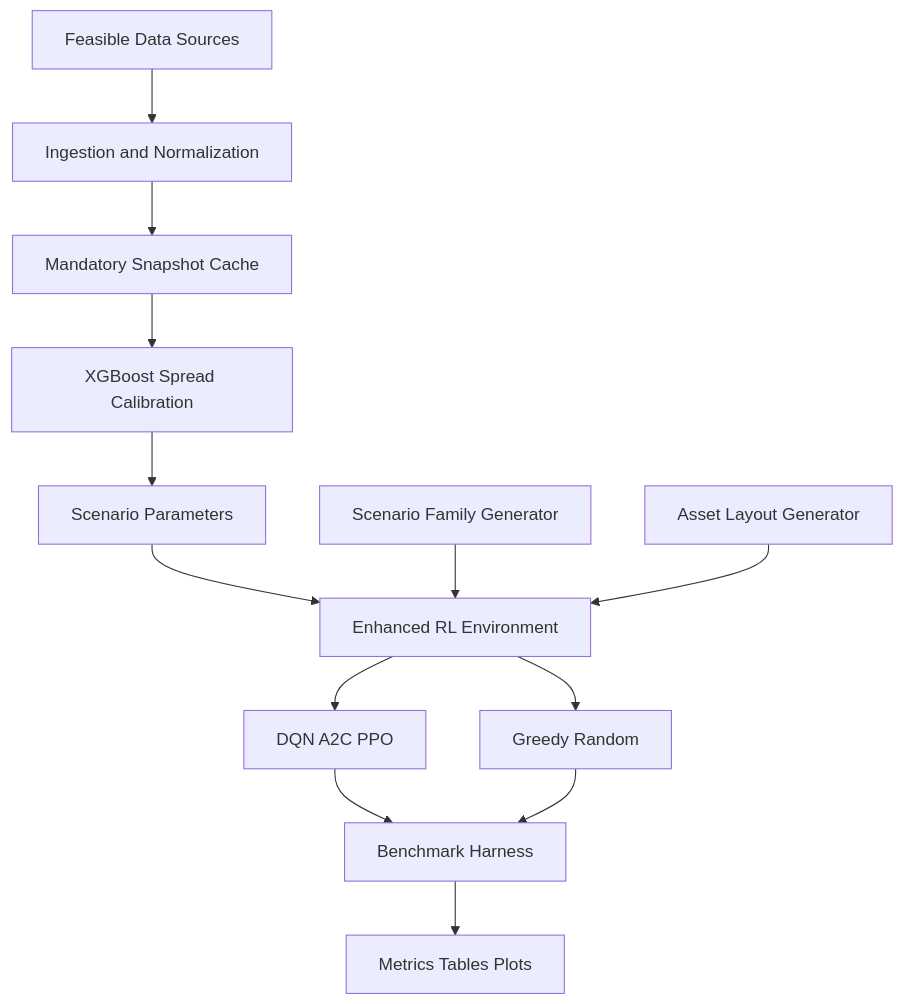
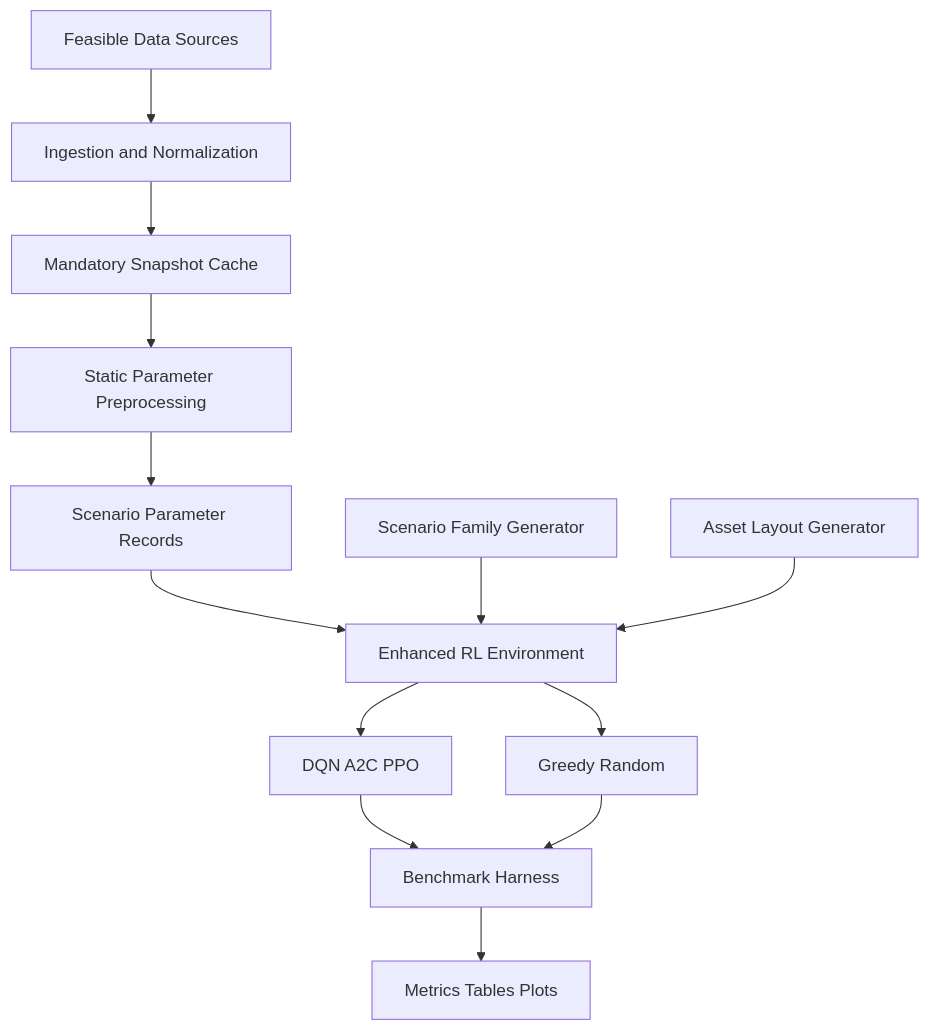
One commit to Thomson-Lam/firebot-eval changed the first of 3 diagrams in docs/planning/impl-plan.md. Above: the diagram before and after it, drawn with Mermaid. The commit also changed other lines of this file and 12 other files, not shown here.

````diff
--- a/docs/planning/impl-plan.md
+++ b/docs/planning/impl-plan.md
@@ -49,16 +50,16 @@
 ```mermaid
 flowchart TD
     A[Feasible Data Sources] --> B[Ingestion and Normalization]
     B --> C[Mandatory Snapshot Cache]
-    C --> D[XGBoost Spread Calibration]
-    D --> E[Scenario Parameters]
+    C --> D[Static Parameter Preprocessing]
+    D --> E[Scenario Parameter Records]
     E --> F[Enhanced RL Environment]
     F --> G[DQN A2C PPO]
     F --> H[Greedy Random]
     G --> I[Benchmark Harness]
     H --> I
     I --> J[Metrics Tables Plots]
 
     K[Scenario Family Generator] --> F
     L[Asset Layout Generator] --> F
 ```
````
